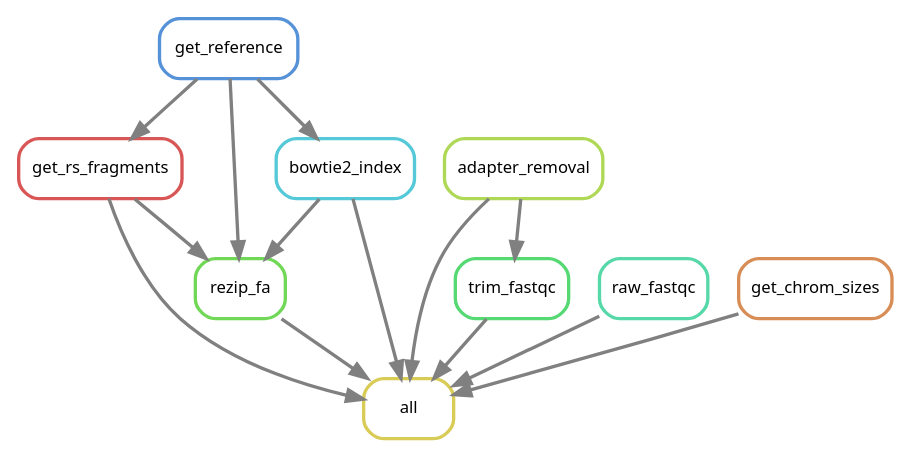
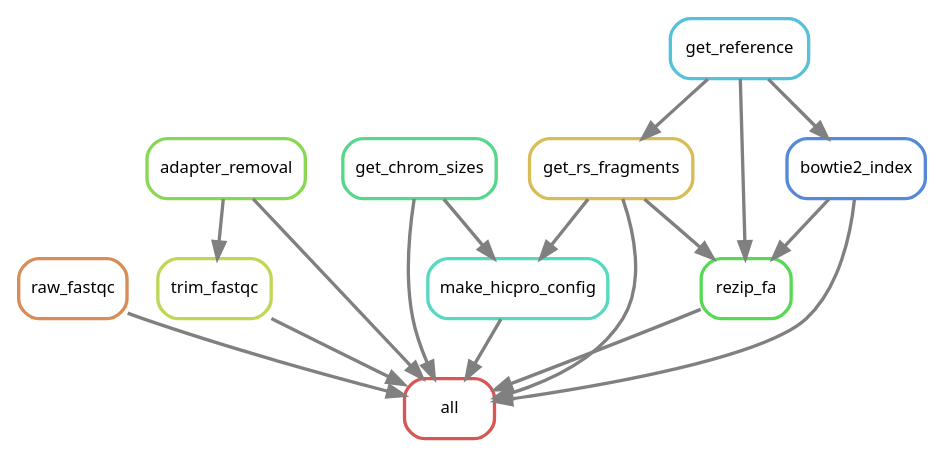
Before and after one commit to DRMCRL/ENCODE_T47D_HiC_ENCSR549MGQ: the diagram in output/rulegraph.dot, drawn with Graphviz. The commit also changed 1 other file, not shown here.

```diff
--- a/output/rulegraph.dot
+++ b/output/rulegraph.dot
@@ -1,27 +1,31 @@
 digraph snakemake_dag {
     graph[bgcolor=white, margin=0];
     node[shape=box, style=rounded, fontname=sans,                 fontsize=10, penwidth=2];
     edge[penwidth=2, color=grey];
-	0[label = "all", color = "0.15 0.6 0.85", style="rounded"];
-	1[label = "get_rs_fragments", color = "0.00 0.6 0.85", style="rounded"];
-	2[label = "trim_fastqc", color = "0.37 0.6 0.85", style="rounded"];
-	3[label = "raw_fastqc", color = "0.44 0.6 0.85", style="rounded"];
-	4[label = "bowtie2_index", color = "0.52 0.6 0.85", style="rounded"];
-	5[label = "adapter_removal", color = "0.22 0.6 0.85", style="rounded"];
-	6[label = "get_chrom_sizes", color = "0.07 0.6 0.85", style="rounded"];
-	7[label = "rezip_fa", color = "0.30 0.6 0.85", style="rounded"];
-	8[label = "get_reference", color = "0.59 0.6 0.85", style="rounded"];
+	0[label = "all", color = "0.00 0.6 0.85", style="rounded"];
+	1[label = "raw_fastqc", color = "0.07 0.6 0.85", style="rounded"];
+	2[label = "bowtie2_index", color = "0.60 0.6 0.85", style="rounded"];
+	3[label = "adapter_removal", color = "0.27 0.6 0.85", style="rounded"];
+	4[label = "trim_fastqc", color = "0.20 0.6 0.85", style="rounded"];
+	5[label = "get_chrom_sizes", color = "0.40 0.6 0.85", style="rounded"];
+	6[label = "make_hicpro_config", color = "0.47 0.6 0.85", style="rounded"];
+	7[label = "get_rs_fragments", color = "0.13 0.6 0.85", style="rounded"];
+	8[label = "rezip_fa", color = "0.33 0.6 0.85", style="rounded"];
+	9[label = "get_reference", color = "0.53 0.6 0.85", style="rounded"];
 	1 -> 0
+	7 -> 0
+	4 -> 0
+	3 -> 0
+	8 -> 0
+	5 -> 0
 	6 -> 0
-	5 -> 0
-	7 -> 0
 	2 -> 0
-	3 -> 0
-	4 -> 0
-	8 -> 1
-	5 -> 2
-	8 -> 4
-	1 -> 7
-	8 -> 7
-	4 -> 7
+	9 -> 2
+	3 -> 4
+	5 -> 6
+	7 -> 6
+	9 -> 7
+	7 -> 8
+	2 -> 8
+	9 -> 8
 }            
```
